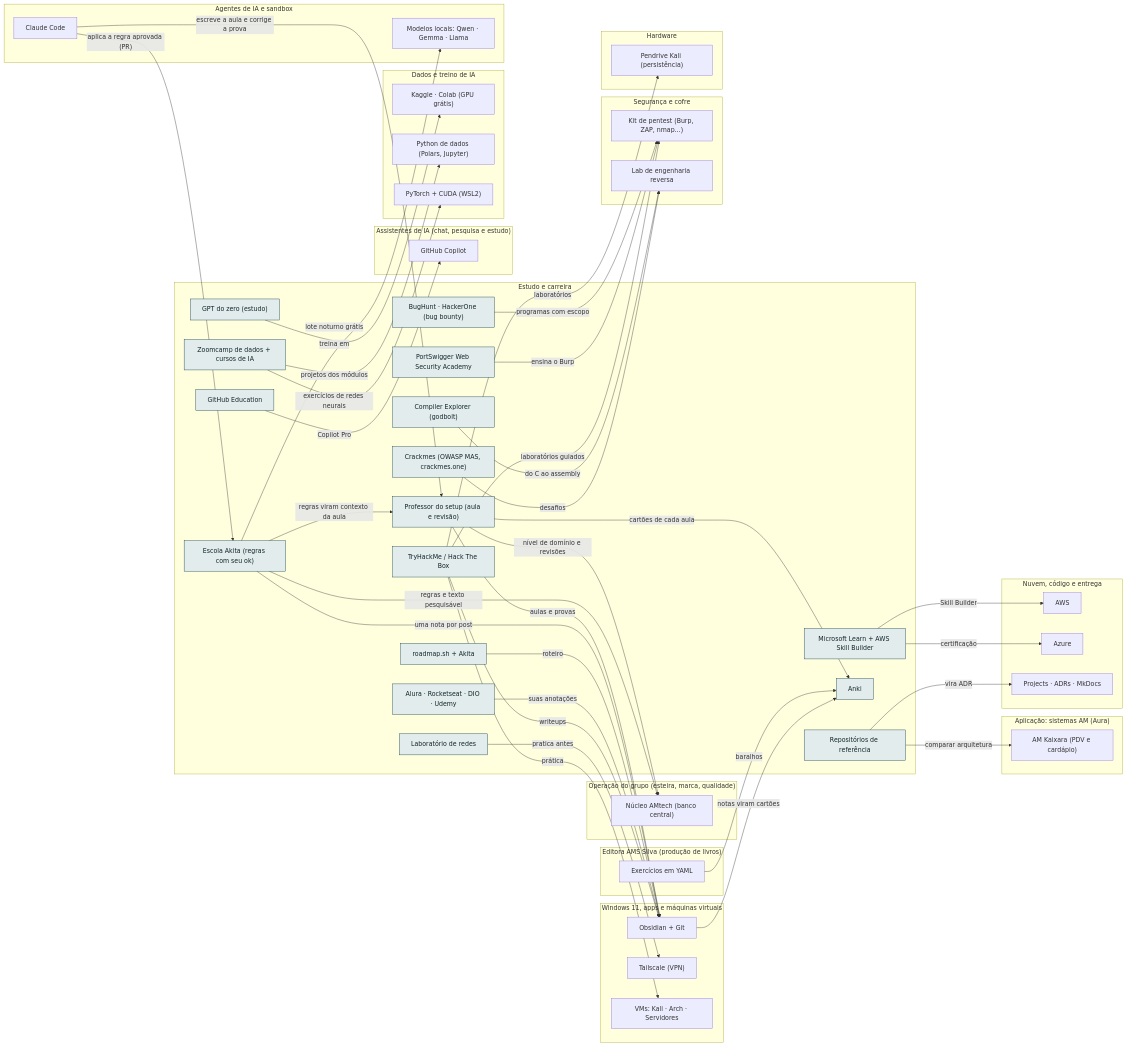
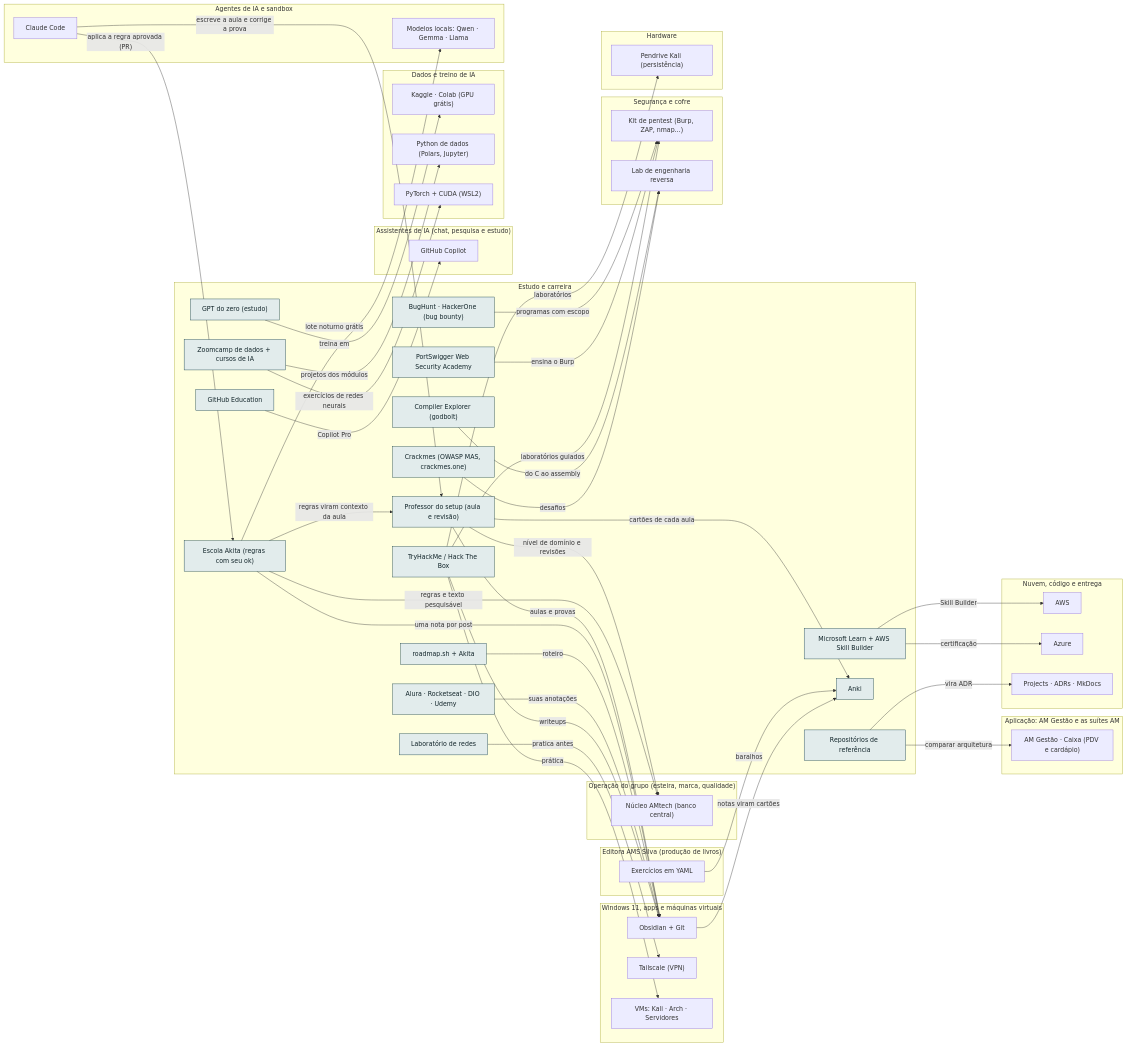
The diagram in 11-setup-dev-setup/docs/camadas/14-est.md (AlanMateus17/Portfolio-AMS-Obsidian-Vault), drawn with Mermaid before and after one commit. The commit also changed other lines of this file and 117 other files, not shown here.

```diff
--- a/11-setup-dev-setup/docs/camadas/14-est.md
+++ b/11-setup-dev-setup/docs/camadas/14-est.md
@@ -42,8 +42,8 @@
     n_azure["Azure"]
     n_ghproj["Projects · ADRs · MkDocs"]
   end
-  subgraph L_app["Aplicação: sistemas AM (Aura)"]
-    n_nkaix["AM Kaixara (PDV e cardápio)"]
+  subgraph L_app["Aplicação: AM Gestão e as suítes AM"]
+    n_nkaix["AM Gestão · Caixa (PDV e cardápio)"]
   end
   subgraph L_chat["Assistentes de IA (chat, pesquisa e estudo)"]
     n_copi["GitHub Copilot"]
```
